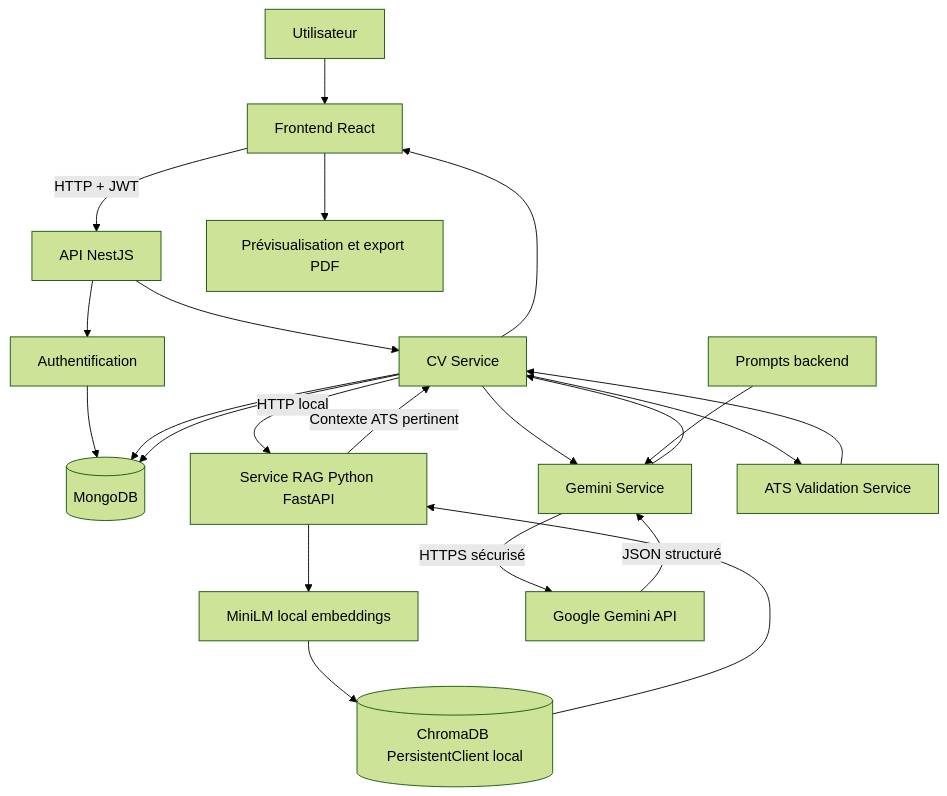
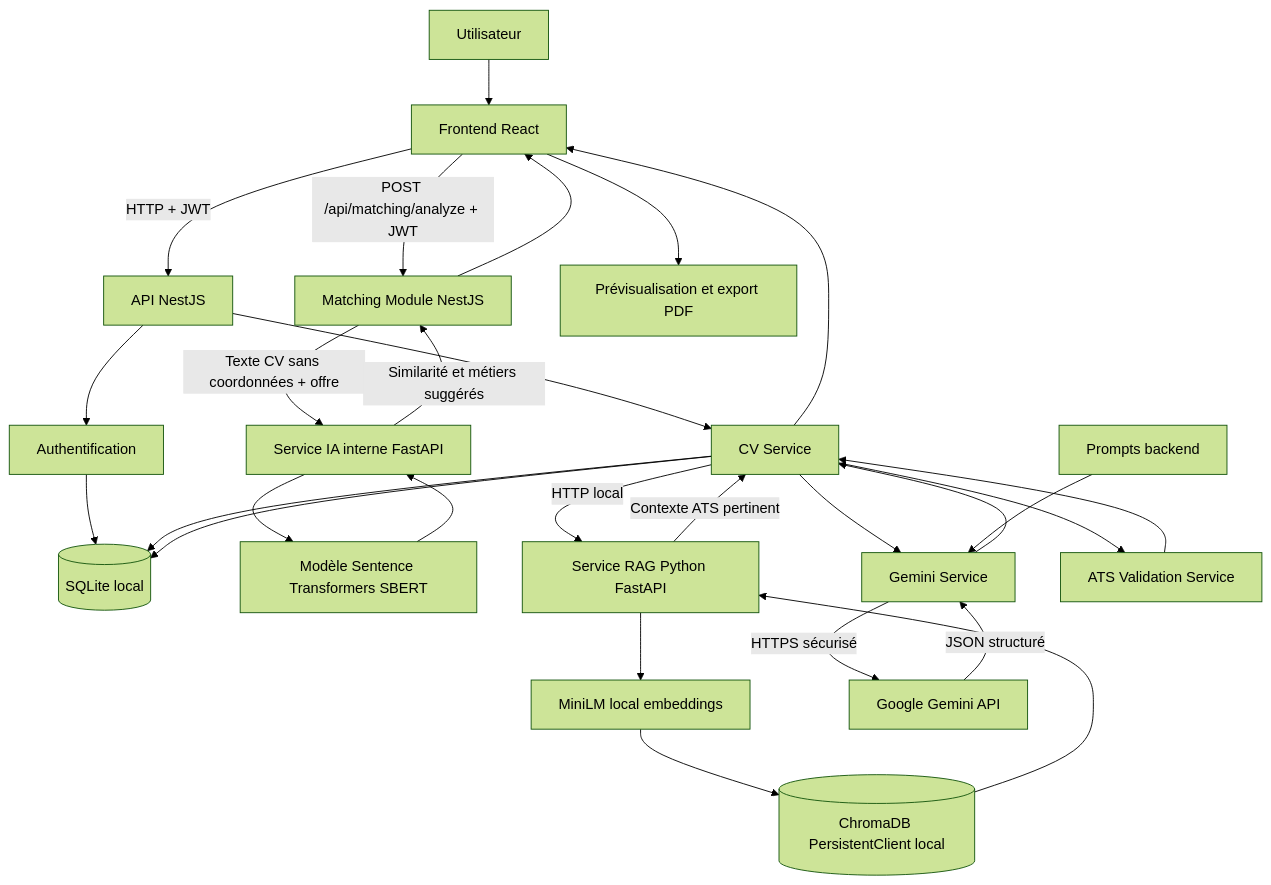
Before and after one commit to MMoatez/AI-Recruiter-JOBORA: the diagram in README.md, drawn with Mermaid (forest theme). The commit also changed other lines of this file and 103 other files, not shown here.

First line of the commit message:
feat(job-matcher): add AI job matching across frontend, backend and FastAPI service

````diff
--- a/README.md
+++ b/README.md
@@ -49,24 +50,30 @@
 ```mermaid
 flowchart TD
     U[Utilisateur] --> F[Frontend React]
     F -->|HTTP + JWT| API[API NestJS]
     API --> AUTH[Authentification]
     API --> CVS[CV Service]
-    AUTH --> MONGO[(MongoDB)]
-    CVS --> MONGO
+    AUTH --> SQLITE[(SQLite local)]
+    CVS --> SQLITE
+    F -->|POST /api/matching/analyze + JWT| MATCH[Matching Module NestJS]
+    MATCH -->|Texte CV sans coordonnées + offre| TRAINING[Service IA interne FastAPI]
+    TRAINING --> SBERT[Modèle Sentence Transformers SBERT]
+    SBERT --> TRAINING
+    TRAINING -->|Similarité et métiers suggérés| MATCH
+    MATCH --> F
     CVS -->|HTTP local| RAG[Service RAG Python FastAPI]
     RAG --> EMB[MiniLM local embeddings]
     EMB --> CHROMA[(ChromaDB PersistentClient local)]
     CHROMA --> RAG
     RAG -->|Contexte ATS pertinent| CVS
     CVS --> GEM[Gemini Service]
     PROMPTS[Prompts backend] --> GEM
     GEM -->|HTTPS sécurisé| GOOGLE[Google Gemini API]
     GOOGLE -->|JSON structuré| GEM
     GEM --> CVS
     CVS --> ATS[ATS Validation Service]
     ATS --> CVS
-    CVS --> MONGO
+    CVS --> SQLITE
     CVS --> F
     F --> PDF[Prévisualisation et export PDF]
 ```
````
